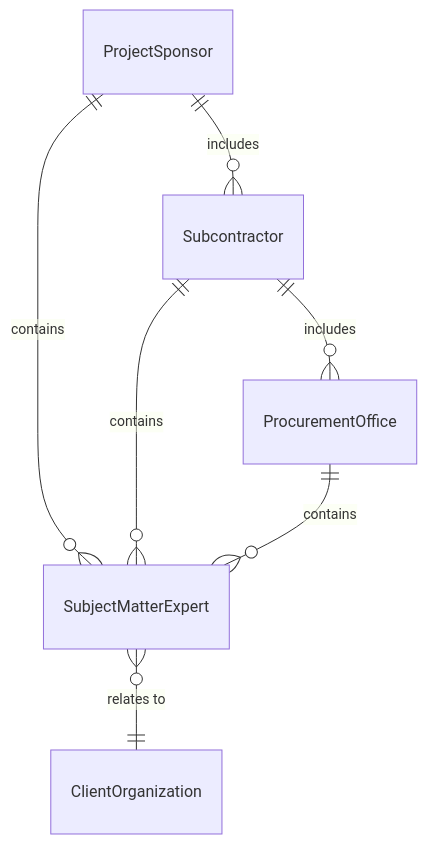
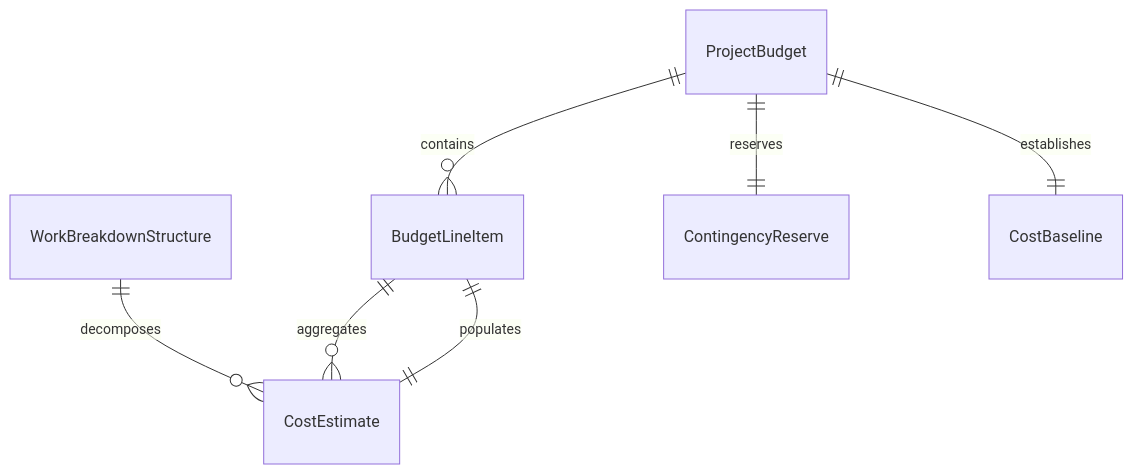
One commit to dot-org-ai/tasks.org.ai changed the first of 4 diagrams in GuidingDirectingAndMotivatingSubordinates/ManageBudgetsOrFinances/PrepareProjectBudgets.mdx. Above: the diagram before and after it, drawn with Mermaid. The commit also changed other lines of this file and 515 other files, not shown here.

````diff
--- a/GuidingDirectingAndMotivatingSubordinates/ManageBudgetsOrFinances/PrepareProjectBudgets.mdx
+++ b/GuidingDirectingAndMotivatingSubordinates/ManageBudgetsOrFinances/PrepareProjectBudgets.mdx
@@ -88,9 +88,9 @@
 ```mermaid
 erDiagram
-    ProjectSponsor ||--o{ Subcontractor : includes
-    ProjectSponsor ||--o{ SubjectMatterExpert : contains
-    Subcontractor ||--o{ ProcurementOffice : includes
-    Subcontractor ||--o{ SubjectMatterExpert : contains
-    ProcurementOffice ||--o{ SubjectMatterExpert : contains
-    SubjectMatterExpert }o--|| ClientOrganization : "relates to"
+    ProjectBudget ||--o{ BudgetLineItem : "contains"
+    WorkBreakdownStructure ||--o{ CostEstimate : "decomposes"
+    CostEstimate ||--|| BudgetLineItem : "populates"
+    ProjectBudget ||--|| ContingencyReserve : "reserves"
+    ProjectBudget ||--|| CostBaseline : "establishes"
+    BudgetLineItem ||--o{ CostEstimate : "aggregates"
 ```
````
